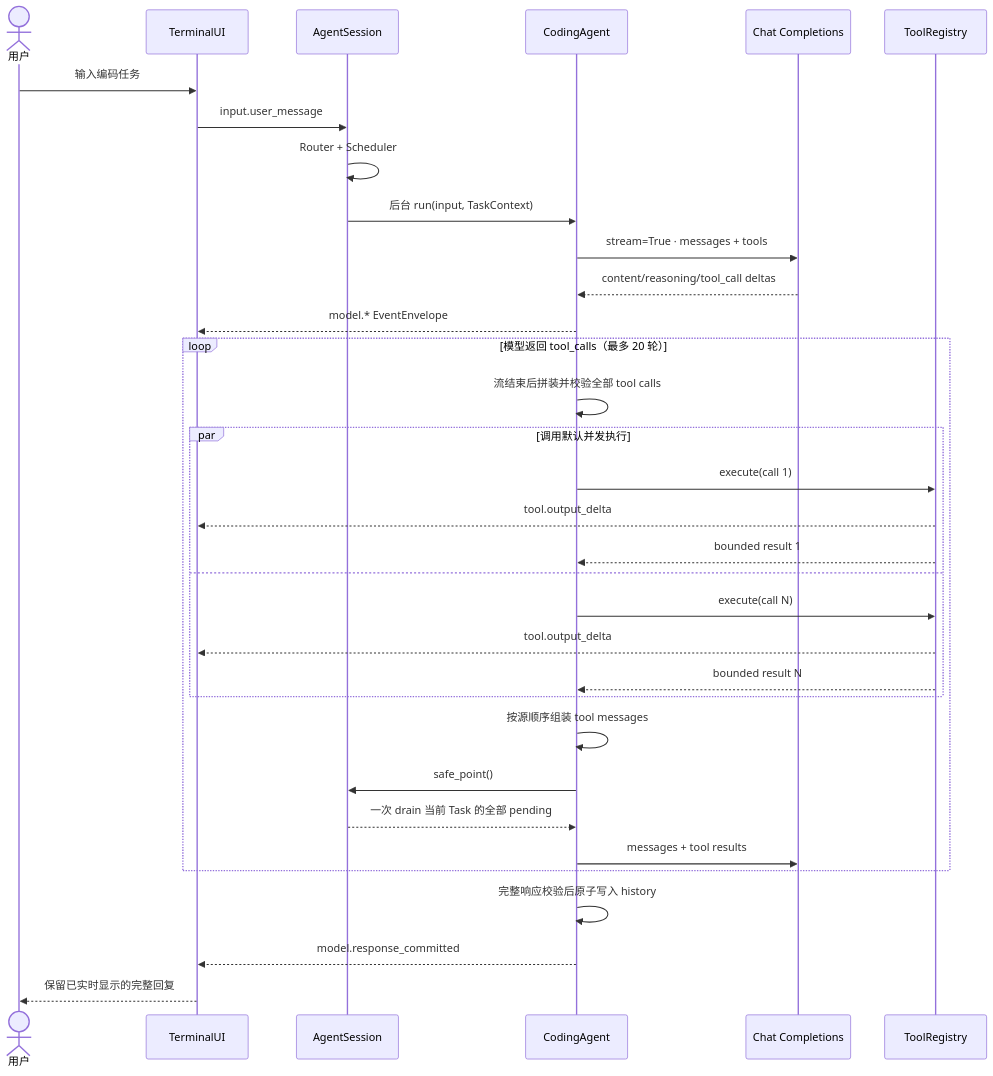
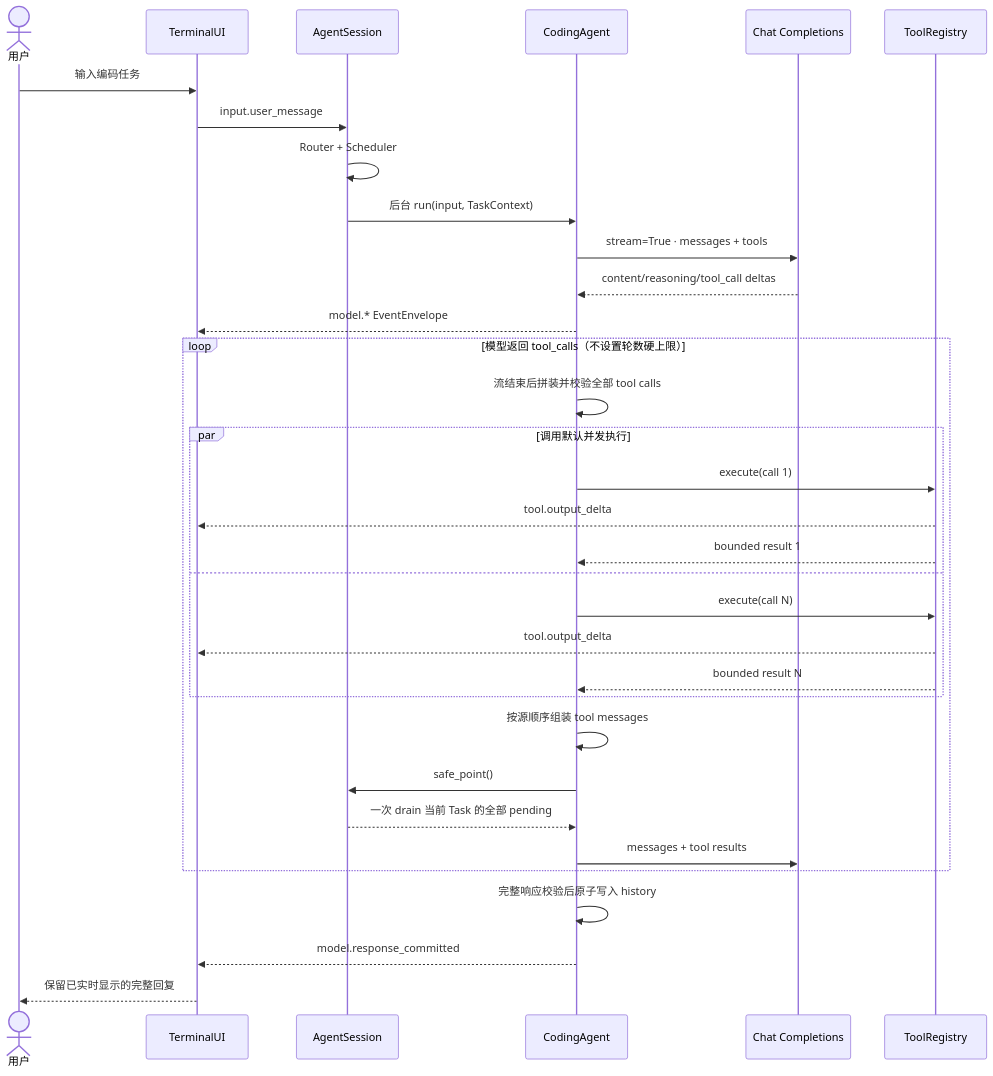
Before and after one commit to hxr223/laoHuangCode: the second of 2 diagrams in docs/architecture.md, drawn with Mermaid. The commit also changed other lines of this file and 7 other files, not shown here.

````diff
--- a/docs/architecture.md
+++ b/docs/architecture.md
@@ -98,38 +98,38 @@
 ```mermaid
 sequenceDiagram
     actor User as 用户
     participant UI as TerminalUI
     participant Session as AgentSession
     participant Agent as CodingAgent
     participant API as Chat Completions
     participant Tools as ToolRegistry
 
     User->>UI: 输入编码任务
     UI->>Session: input.user_message
     Session->>Session: Router + Scheduler
     Session->>Agent: 后台 run(input, TaskContext)
     Agent->>API: stream=True · messages + tools
     API-->>Agent: content/reasoning/tool_call deltas
     Agent-->>UI: model.* EventEnvelope
 
-    loop 模型返回 tool_calls（最多 20 轮）
+    loop 模型返回 tool_calls（不设置轮数硬上限）
         Agent->>Agent: 流结束后拼装并校验全部 tool calls
         par 调用默认并发执行
             Agent->>Tools: execute(call 1)
             Tools-->>UI: tool.output_delta
             Tools-->>Agent: bounded result 1
         and
             Agent->>Tools: execute(call N)
             Tools-->>UI: tool.output_delta
             Tools-->>Agent: bounded result N
         end
         Agent->>Agent: 按源顺序组装 tool messages
         Agent->>Session: safe_point()
         Session-->>Agent: 一次 drain 当前 Task 的全部 pending
         Agent->>API: messages + tool results
     end
 
     Agent->>Agent: 完整响应校验后原子写入 history
     Agent-->>UI: model.response_committed
     UI-->>User: 保留已实时显示的完整回复
 ```
````
